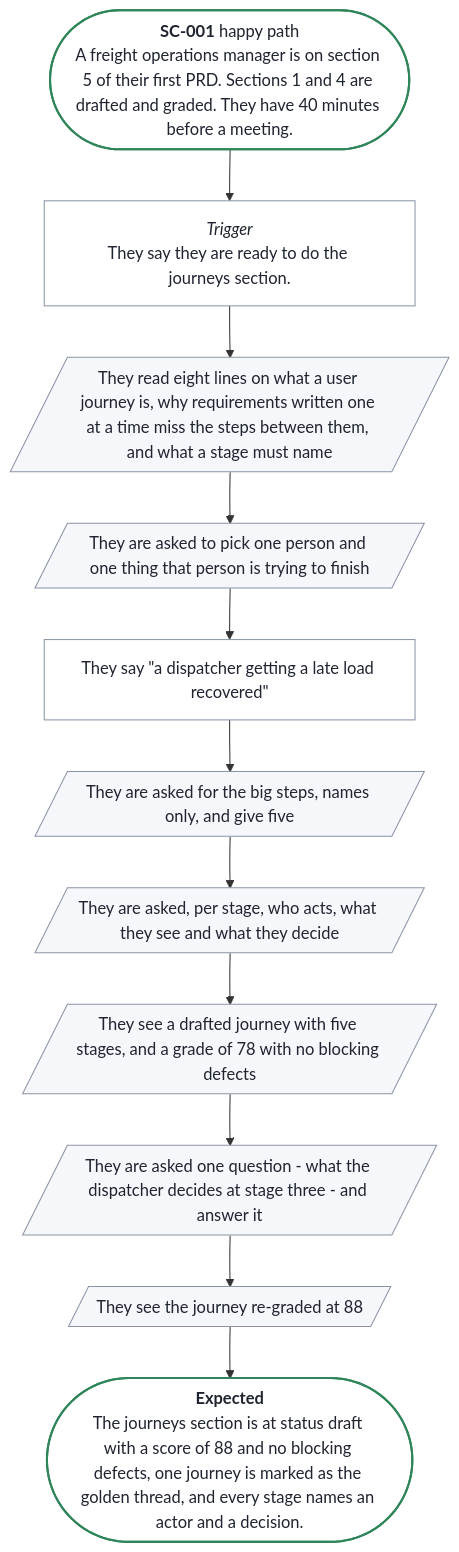
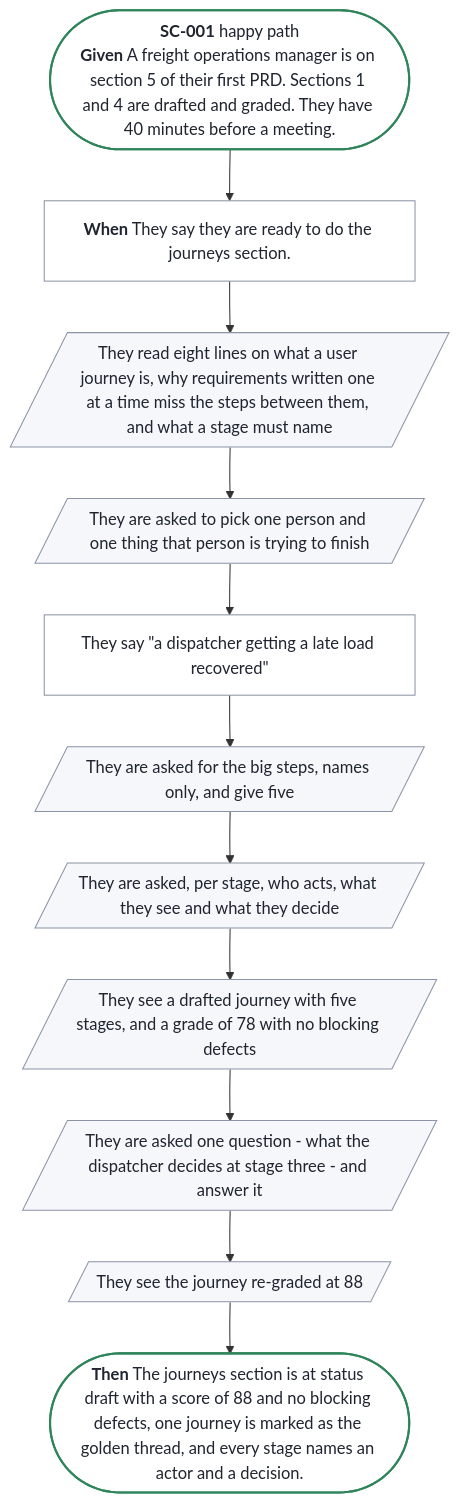
One commit to SpillwaveSolutions/prd-forge changed the diagram in docs/prd/prd-forge/diagrams/SC-001.mmd. Above: the diagram before and after it, drawn with Mermaid. The commit also changed 40 other files, not shown here.

```diff
--- a/docs/prd/prd-forge/diagrams/SC-001.mmd
+++ b/docs/prd/prd-forge/diagrams/SC-001.mmd
@@ -1,28 +1,28 @@
 %% Generated by prd-diagrams.mjs from the scenario front matter. Do not edit.
 %%{init: {"flowchart": {"wrappingWidth": 300}}}%%
 flowchart TB
-  start(["<b>SC-001</b> happy path<br/>A freight operations manager is on section 5 of their first PRD. Sections 1 and 4 are drafted and graded. They have 40 minutes before a meeting."])
-  trigger["<i>Trigger</i><br/>They say they are ready to do the journeys section."]
+  start(["<b>SC-001</b> happy path<br/><b>Given</b> A freight operations manager is on section 5 of their first PRD. Sections 1 and 4 are drafted and graded. They have 40 minutes before a meeting."])
+  trigger["<b>When</b> They say they are ready to do the journeys section."]
   s0[/"They read eight lines on what a user journey is, why requirements written one at a time miss the steps between them, and what a stage must name"/]
   s1[/"They are asked to pick one person and one thing that person is trying to finish"/]
   s2["They say #quot;a dispatcher getting a late load recovered#quot;"]
   s3[/"They are asked for the big steps, names only, and give five"/]
   s4[/"They are asked, per stage, who acts, what they see and what they decide"/]
   s5[/"They see a drafted journey with five stages, and a grade of 78 with no blocking defects"/]
   s6[/"They are asked one question - what the dispatcher decides at stage three - and answer it"/]
   s7[/"They see the journey re-graded at 88"/]
-  done(["<b>Expected</b><br/>The journeys section is at status draft with a score of 88 and no blocking defects, one journey is marked as the golden thread, and every stage names an actor and a decision."])
+  done(["<b>Then</b> The journeys section is at status draft with a score of 88 and no blocking defects, one journey is marked as the golden thread, and every stage names an actor and a decision."])
   start --> trigger --> s0 --> s1 --> s2 --> s3 --> s4 --> s5 --> s6 --> s7 --> done
   classDef ends fill:#FFFFFF,stroke:#2F855A,stroke-width:2px,color:#1F2430
   classDef sees fill:#F5F7FA,stroke:#8A94A6,color:#1F2430
   classDef does fill:#FFFFFF,stroke:#8A94A6,color:#1F2430
   class start,done ends
   class s0 sees
   class s1 sees
   class s2 does
   class s3 sees
   class s4 sees
   class s5 sees
   class s6 sees
   class s7 sees
   class trigger does
```
